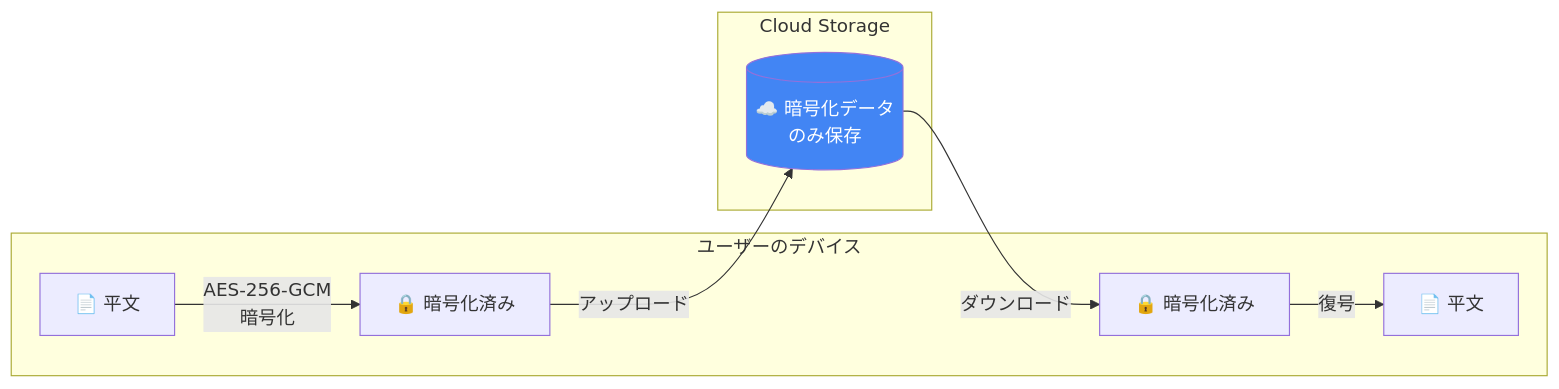
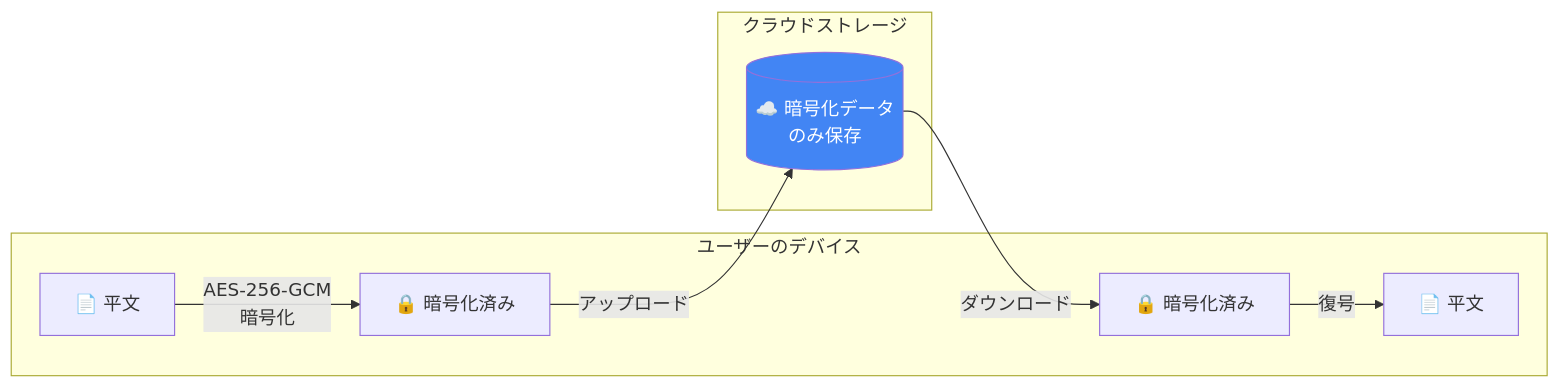
The fourth of 4 diagrams in README_ja.md (c-ardinal/obsidian-vault-sync), drawn with Mermaid before and after one commit. The commit also changed other lines of this file and 3 other files, not shown here.

````diff
--- a/README_ja.md
+++ b/README_ja.md
@@ -195,20 +288,20 @@
 ```mermaid
 flowchart LR
     subgraph "ユーザーのデバイス"
         A["📄 平文"]
         B["🔒 暗号化済み"]
         D["🔒 暗号化済み"]
         E["📄 平文"]
     end
 
-    subgraph "Cloud Storage"
+    subgraph "クラウドストレージ"
         C[("☁️ 暗号化データ<br/>のみ保存")]
     end
 
     A -->|"AES-256-GCM<br/>暗号化"| B
     B -->|"アップロード"| C
     C -->|"ダウンロード"| D
     D -->|"復号"| E
 
     style C fill:#4285F4,color:#fff
 ```
````
